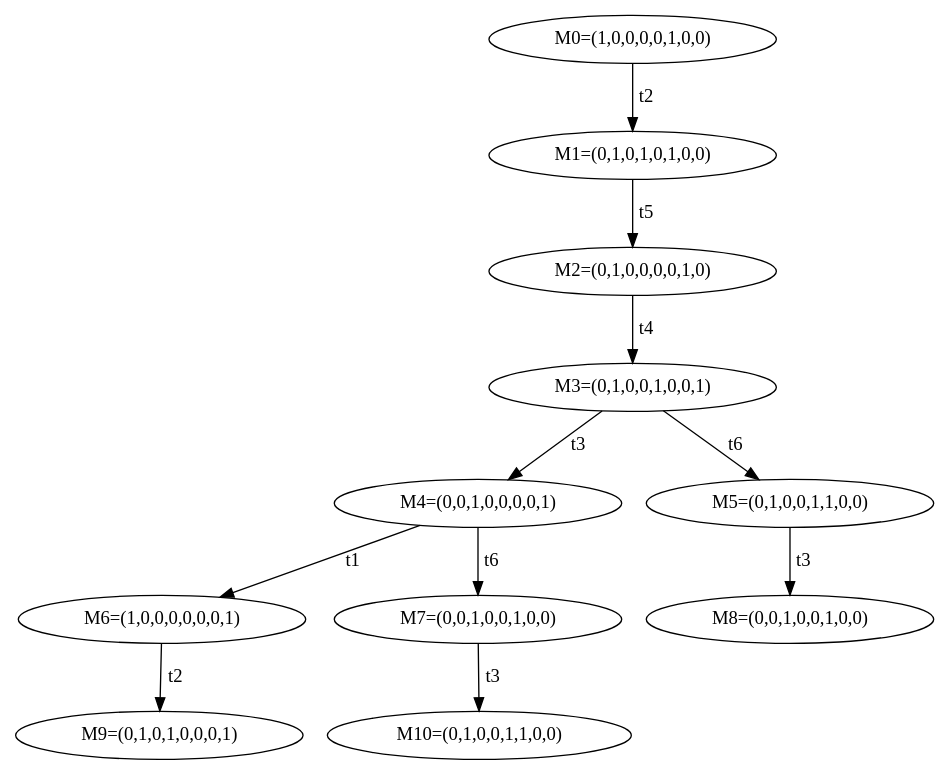
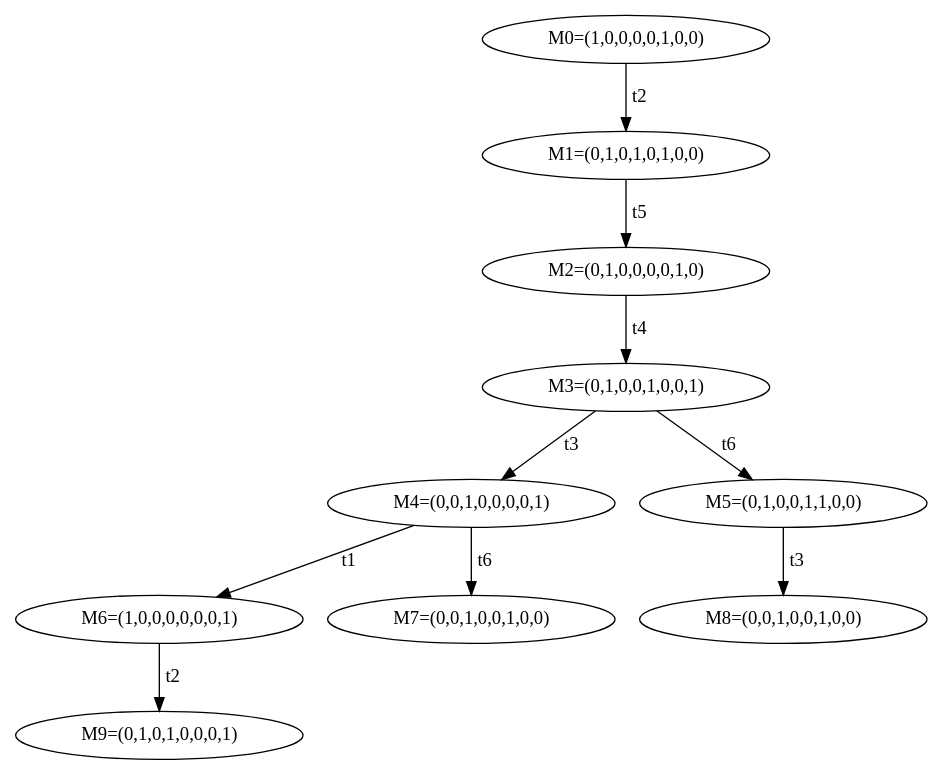
Before and after one commit to eddie-c-davis/cs-advsweng: the diagram in HW1/pn1cov.dot, drawn with Graphviz. The commit also changed 1 other file, not shown here.

```diff
--- a/HW1/pn1cov.dot
+++ b/HW1/pn1cov.dot
@@ -1,23 +1,21 @@
 digraph ASTGraph {
 0 [ label="M0=(1,0,0,0,0,1,0,0)" ];
 0 -> 1 [ label=" t2" ];
 1 [ label="M1=(0,1,0,1,0,1,0,0)" ];
 1 -> 2 [ label=" t5" ];
 2 [ label="M2=(0,1,0,0,0,0,1,0)" ];
 2 -> 3 [ label=" t4" ];
 3 [ label="M3=(0,1,0,0,1,0,0,1)" ];
 3 -> 4 [ label=" t3" ];
 4 [ label="M4=(0,0,1,0,0,0,0,1)" ];
 3 -> 5 [ label=" t6" ];
 5 [ label="M5=(0,1,0,0,1,1,0,0)" ];
 4 -> 6 [ label=" t1" ];
 6 [ label="M6=(1,0,0,0,0,0,0,1)" ];
 4 -> 7 [ label=" t6" ];
 7 [ label="M7=(0,0,1,0,0,1,0,0)" ];
 5 -> 8 [ label=" t3" ];
 8 [ label="M8=(0,0,1,0,0,1,0,0)" ];
 6 -> 9 [ label=" t2" ];
 9 [ label="M9=(0,1,0,1,0,0,0,1)" ];
-7 -> 10 [ label=" t3" ];
-10 [ label="M10=(0,1,0,0,1,1,0,0)" ];
 }
```
